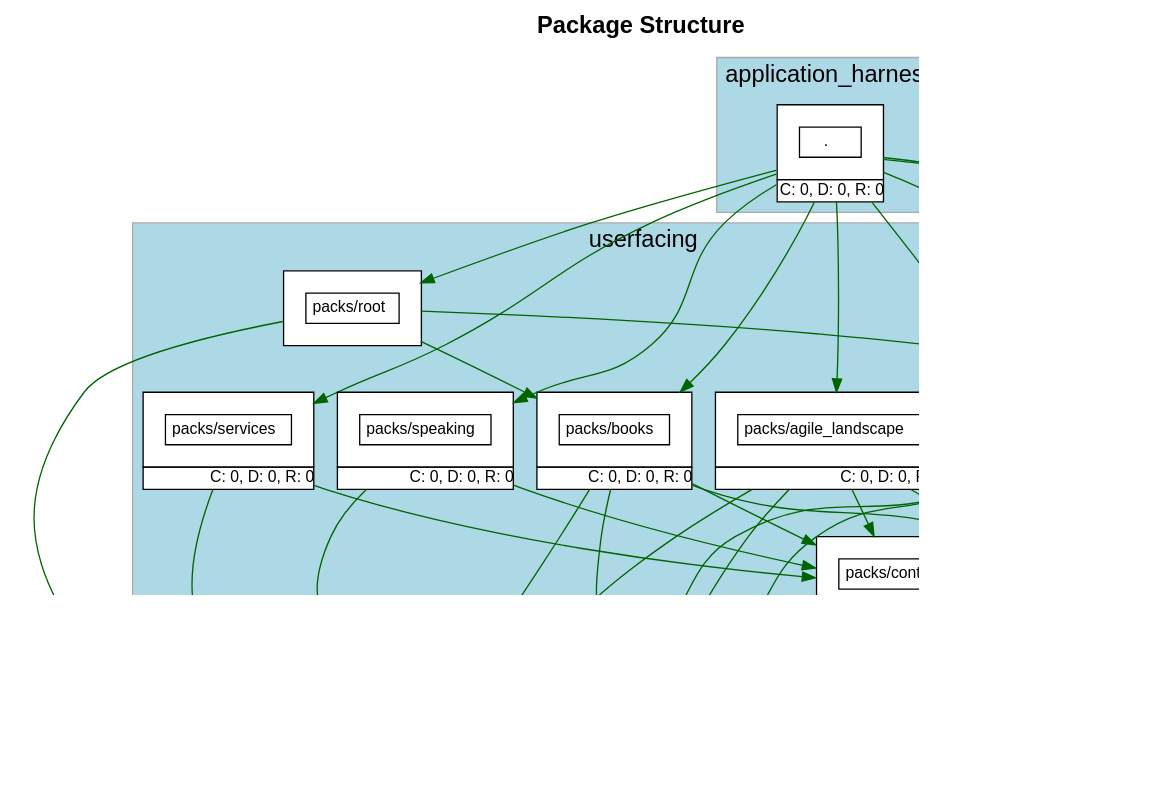
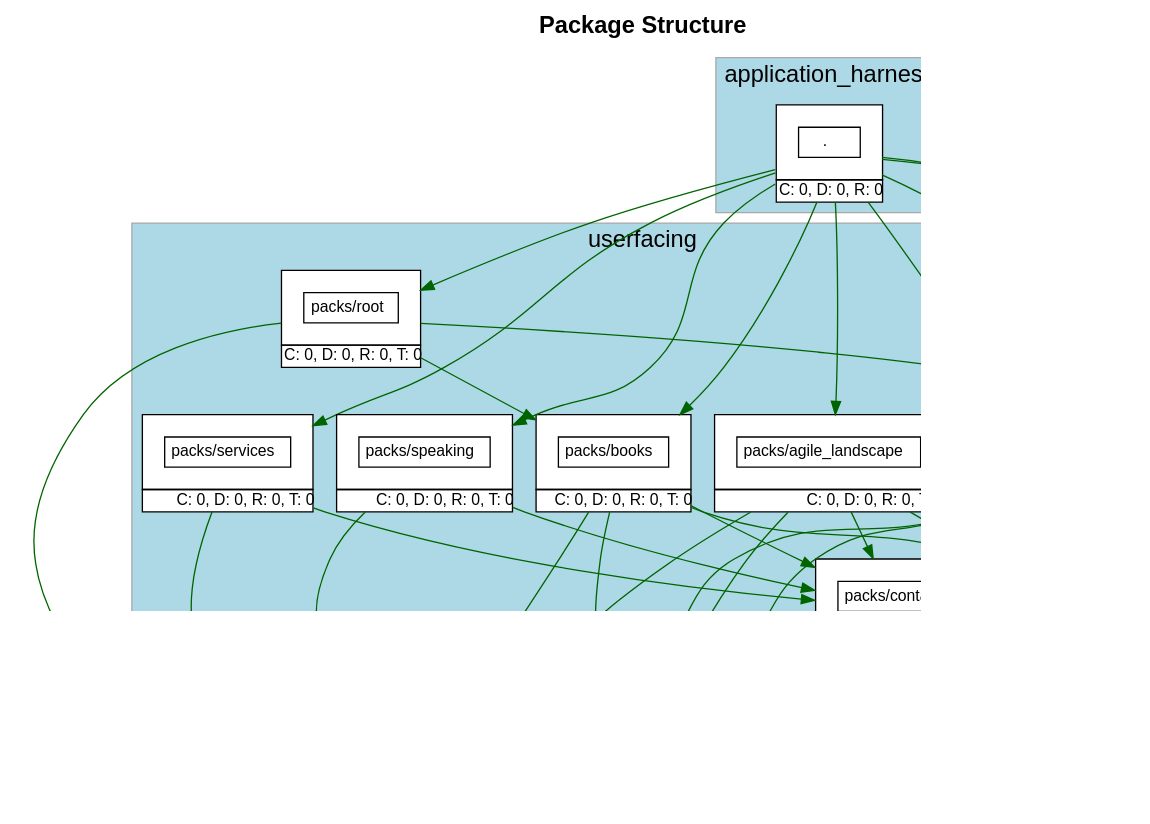
Before and after one commit to shageman/stephanhagemann.com: the diagram in packs.dot, drawn with Graphviz. The commit also changed 6 other files, not shown here.

```diff
--- a/packs.dot
+++ b/packs.dot
@@ -54,7 +54,7 @@
                     <tr> <td port='private'> packs/agile_landscape </td> </tr>
                   </table>
                   </td></tr>
-                  <tr><td CELLPADDING='1' ALIGN='RIGHT'>C: 0, D: 0, R: 0</td></tr>
+                  <tr><td CELLPADDING='1' ALIGN='RIGHT'>C: 0, D: 0, R: 0, T: 0</td></tr>
                   </table>
               >
           ]
@@ -67,7 +67,7 @@
                     <tr> <td port='private'> packs/books </td> </tr>
                   </table>
                   </td></tr>
-                  <tr><td CELLPADDING='1' ALIGN='RIGHT'>C: 0, D: 0, R: 0</td></tr>
+                  <tr><td CELLPADDING='1' ALIGN='RIGHT'>C: 0, D: 0, R: 0, T: 0</td></tr>
                   </table>
               >
           ]
@@ -80,7 +80,7 @@
                     <tr> <td port='private'> packs/contact </td> </tr>
                   </table>
                   </td></tr>
-                  <tr><td CELLPADDING='1' ALIGN='RIGHT'>C: 0, D: 0, R: 0</td></tr>
+                  <tr><td CELLPADDING='1' ALIGN='RIGHT'>C: 0, D: 0, R: 0, T: 0</td></tr>
                   </table>
               >
           ]
@@ -93,7 +93,7 @@
                     <tr> <td port='private'> packs/posts </td> </tr>
                   </table>
                   </td></tr>
-                  <tr><td CELLPADDING='1' ALIGN='RIGHT'>C: 0, D: 0, R: 0</td></tr>
+                  <tr><td CELLPADDING='1' ALIGN='RIGHT'>C: 0, D: 0, R: 0, T: 0</td></tr>
                   </table>
               >
           ]
@@ -106,6 +106,7 @@
                     <tr> <td port='private'> packs/root </td> </tr>
                   </table>
                   </td></tr>
+                  <tr><td CELLPADDING='1' ALIGN='RIGHT'>C: 0, D: 0, R: 0, T: 0</td></tr>
                   </table>
               >
           ]
@@ -118,7 +119,7 @@
                     <tr> <td port='private'> packs/services </td> </tr>
                   </table>
                   </td></tr>
-                  <tr><td CELLPADDING='1' ALIGN='RIGHT'>C: 0, D: 0, R: 0</td></tr>
+                  <tr><td CELLPADDING='1' ALIGN='RIGHT'>C: 0, D: 0, R: 0, T: 0</td></tr>
                   </table>
               >
           ]
@@ -131,7 +132,7 @@
                     <tr> <td port='private'> packs/speaking </td> </tr>
                   </table>
                   </td></tr>
-                  <tr><td CELLPADDING='1' ALIGN='RIGHT'>C: 0, D: 0, R: 0</td></tr>
+                  <tr><td CELLPADDING='1' ALIGN='RIGHT'>C: 0, D: 0, R: 0, T: 0</td></tr>
                   </table>
               >
           ]
@@ -144,7 +145,7 @@
                     <tr> <td port='private'> packs/tags </td> </tr>
                   </table>
                   </td></tr>
-                  <tr><td CELLPADDING='1' ALIGN='RIGHT'>C: 0, D: 0, R: 0</td></tr>
+                  <tr><td CELLPADDING='1' ALIGN='RIGHT'>C: 0, D: 0, R: 0, T: 0</td></tr>
                   </table>
               >
           ]
@@ -173,7 +174,7 @@
                     <tr> <td port='private'> packs/backlinks </td> </tr>
                   </table>
                   </td></tr>
-                  <tr><td CELLPADDING='1' ALIGN='RIGHT'>C: 0, D: 0, R: 0</td></tr>
+                  <tr><td CELLPADDING='1' ALIGN='RIGHT'>C: 0, D: 0, R: 0, T: 0</td></tr>
                   </table>
               >
           ]
@@ -186,7 +187,7 @@
                     <tr> <td port='private'> packs/rails_shims </td> </tr>
                   </table>
                   </td></tr>
-                  <tr><td CELLPADDING='1' ALIGN='RIGHT'>D: 0</td></tr>
+                  <tr><td CELLPADDING='1' ALIGN='RIGHT'>D: 0, T: 0</td></tr>
                   </table>
               >
           ]
```
